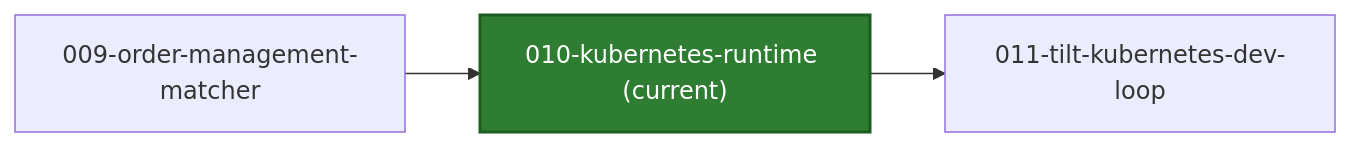
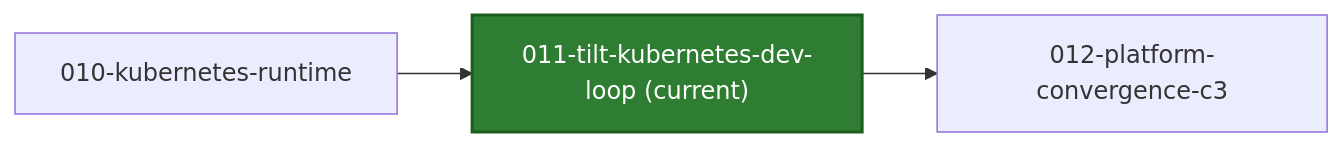
The first of 2 diagrams in README.md (azure-octo/traderX), drawn with Mermaid before and after one commit. The commit also changed other lines of this file and 94 other files, not shown here.

First line of the commit message:
snapshot: 011-tilt-kubernetes-dev-loop generated from a41e87908ebf8e9d2cd385280eacced32887bb1e

````diff
--- a/README.md
+++ b/README.md
@@ -21,10 +21,10 @@
 ```mermaid
 flowchart LR
-  S_CUR["010-kubernetes-runtime (current)"]
+  S_CUR["011-tilt-kubernetes-dev-loop (current)"]
   style S_CUR fill:#2e7d32,stroke:#1b5e20,color:#ffffff,stroke-width:2px
-  S_PREV_009_order_management_matcher["009-order-management-matcher"] --> S_CUR
-  click S_PREV_009_order_management_matcher href "https://github.com/finos/traderX/tree/code%2Fgenerated-state-009-order-management-matcher" "Open branch"
-  S_CUR --> S_NEXT_011_tilt_kubernetes_dev_loop["011-tilt-kubernetes-dev-loop"]
-  click S_NEXT_011_tilt_kubernetes_dev_loop href "https://github.com/finos/traderX/tree/code%2Fgenerated-state-011-tilt-kubernetes-dev-loop" "Open branch"
-  click S_CUR href "https://github.com/finos/traderX/tree/code%2Fgenerated-state-010-kubernetes-runtime" "Open current branch"
+  S_PREV_010_kubernetes_runtime["010-kubernetes-runtime"] --> S_CUR
+  click S_PREV_010_kubernetes_runtime href "https://github.com/finos/traderX/tree/code%2Fgenerated-state-010-kubernetes-runtime" "Open branch"
+  S_CUR --> S_NEXT_012_platform_convergence_c3["012-platform-convergence-c3"]
+  click S_NEXT_012_platform_convergence_c3 href "https://github.com/finos/traderX/tree/code%2Fgenerated-state-012-platform-convergence-c3" "Open branch"
+  click S_CUR href "https://github.com/finos/traderX/tree/code%2Fgenerated-state-011-tilt-kubernetes-dev-loop" "Open current branch"
 ```
````
